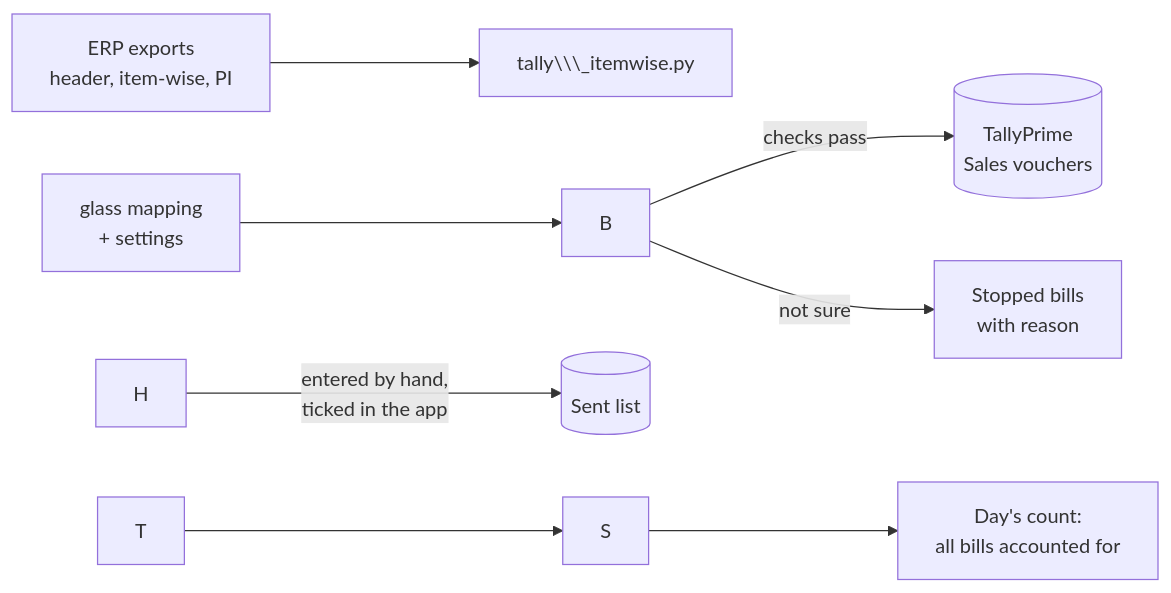
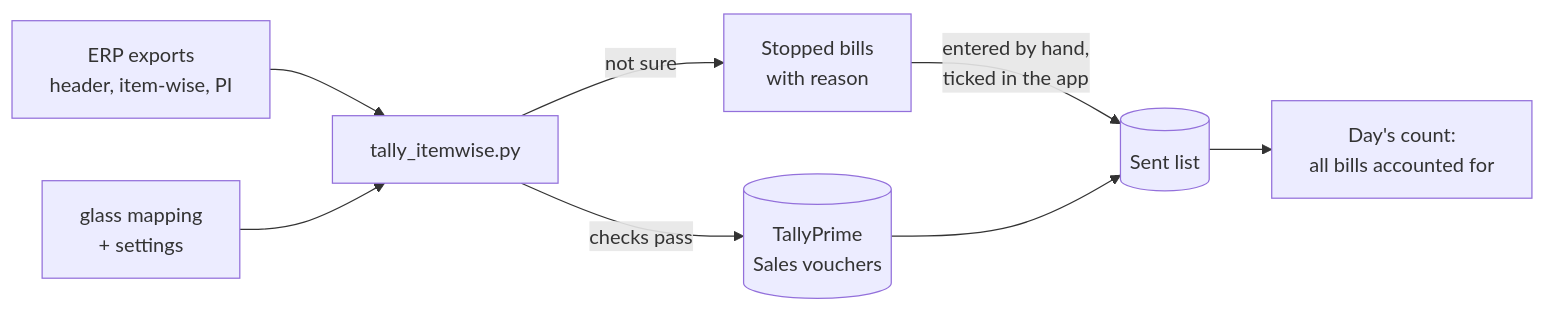
Before and after one commit to Disha2311/ERP-TALLY-integration: the diagram in README.md, drawn with Mermaid. The commit also changed other lines of this file, not shown here.

````diff
--- a/README.md
+++ b/README.md
@@ -19,10 +19,10 @@
 ```mermaid
 flowchart LR
-    A\\\[ERP exports<br/>header, item-wise, PI] --> B\\\[tally\\\_itemwise.py]
-    M\\\[glass mapping<br/>+ settings] --> B
-    B -->|checks pass| T\\\[(TallyPrime<br/>Sales vouchers)]
-    B -->|not sure| H\\\[Stopped bills<br/>with reason]
-    H -->|entered by hand,<br/>ticked in the app| S\\\[(Sent list)]
+    A[ERP exports<br/>header, item-wise, PI] --> B[tally_itemwise.py]
+    M[glass mapping<br/>+ settings] --> B
+    B -->|checks pass| T[(TallyPrime<br/>Sales vouchers)]
+    B -->|not sure| H[Stopped bills<br/>with reason]
+    H -->|entered by hand,<br/>ticked in the app| S[(Sent list)]
     T --> S
-    S --> C\\\[Day's count:<br/>all bills accounted for]
+    S --> C[Day's count:<br/>all bills accounted for]
 ```
````
